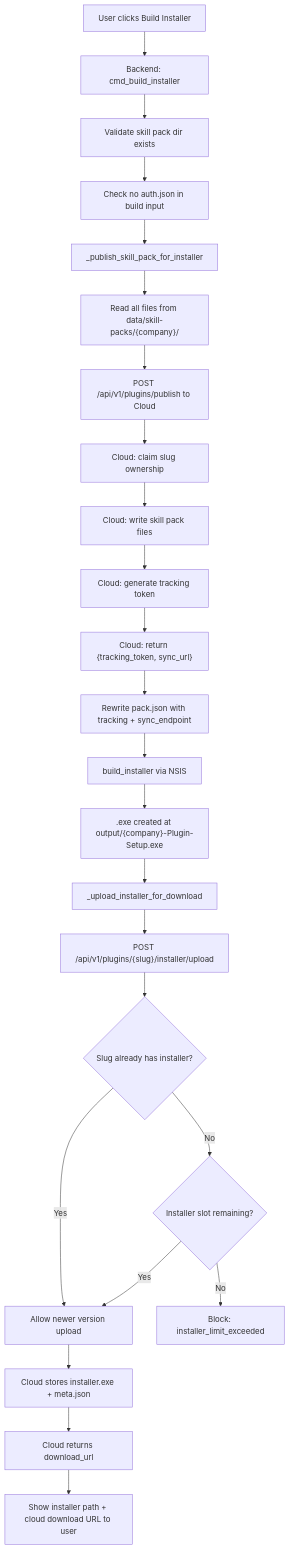
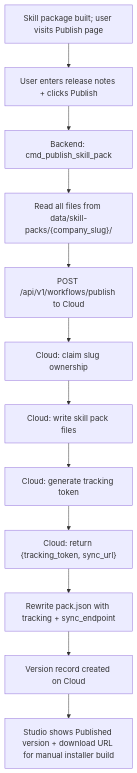
Before and after one commit to Cannonbold2412/CONXA: the ninth of 19 diagrams in docs/App-Flow.md, drawn with Mermaid. The commit also changed other lines of this file and 8 other files, not shown here.

First line of the commit message:
docs: update TRD/PRD/Backend-Schema/UI-UX-Brief for Workflow/SkillPack and pricing ladder

````diff
--- a/docs/App-Flow.md
+++ b/docs/App-Flow.md
@@ -330,30 +336,14 @@
 ```mermaid
 flowchart TD
-    A[User clicks Build Installer] --> B[Backend: cmd_build_installer]
-    B --> C[Validate skill pack dir exists]
-    C --> D[Check no auth.json in build input]
-    D --> E[_publish_skill_pack_for_installer]
-    
-    E --> F["Read all files from data/skill-packs/{company}/"]
-    F --> G[POST /api/v1/plugins/publish to Cloud]
-    G --> H[Cloud: claim slug ownership]
-    H --> I[Cloud: write skill pack files]
-    I --> J[Cloud: generate tracking token]
-    J --> K["Cloud: return {tracking_token, sync_url}"]
-    K --> L[Rewrite pack.json with tracking + sync_endpoint]
-    
-    L --> M[build_installer via NSIS]
-    M --> N[".exe created at output/{company}-Plugin-Setup.exe"]
-    
-    N --> O[_upload_installer_for_download]
-    O --> P["POST /api/v1/plugins/{slug}/installer/upload"]
-    P --> Q{Slug already has installer?}
-    Q -->|Yes| R[Allow newer version upload]
-    Q -->|No| S{Installer slot remaining?}
-    S -->|No| T[Block: installer_limit_exceeded]
-    S -->|Yes| R
-    R --> U[Cloud stores installer.exe + meta.json]
-    U --> V[Cloud returns download_url]
-    
-    V --> W[Show installer path + cloud download URL to user]
+    A[Skill package built; user visits Publish page] --> B[User enters release notes + clicks Publish]
+    B --> C[Backend: cmd_publish_skill_pack]
+    C --> D["Read all files from data/skill-packs/{company_slug}/"]
+    D --> E["POST /api/v1/workflows/publish to Cloud"]
+    E --> F[Cloud: claim slug ownership]
+    F --> G[Cloud: write skill pack files]
+    G --> H[Cloud: generate tracking token]
+    H --> I["Cloud: return {tracking_token, sync_url}"]
+    I --> J[Rewrite pack.json with tracking + sync_endpoint]
+    J --> K[Version record created on Cloud]
+    K --> L[Studio shows Published version + download URL for manual installer build]
 ```
````
